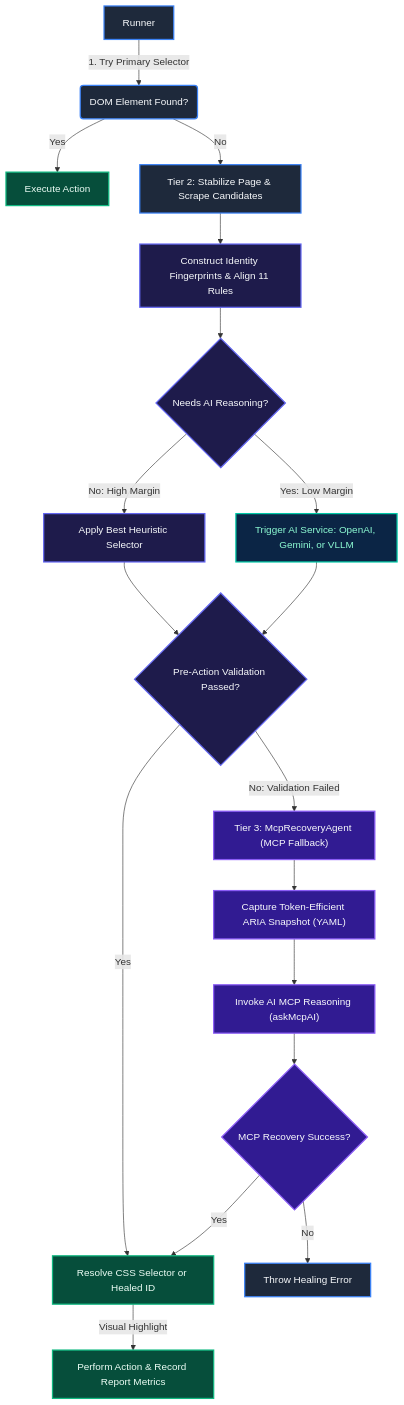
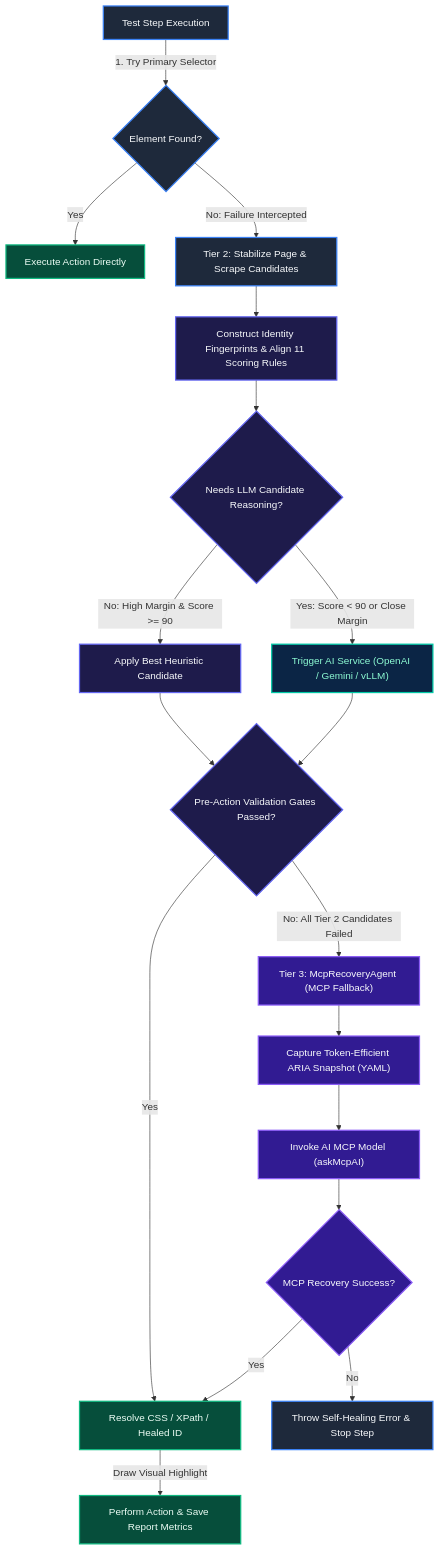
The diagram in README.md (shambhoo-narwaria/reLOCATE.AI-Intelligent-Element-Recovery-Engine), drawn with Mermaid before and after one commit. The commit also changed other lines of this file, not shown here.

Commit message:
docs: redesign README with professional open source structure

````diff
--- a/README.md
+++ b/README.md
@@ -48,27 +88,27 @@
 ```mermaid
 graph TD
-    %% Custom Theme Styling
+    %% Custom Styling
     classDef runner fill:#1e293b,stroke:#3b82f6,stroke-width:2px,color:#f8fafc;
     classDef scoring fill:#1e1b4b,stroke:#6366f1,stroke-width:2px,color:#f8fafc;
     classDef ai fill:#0b2545,stroke:#00c9a7,stroke-width:2px,color:#8efcd4;
     classDef mcp fill:#311b92,stroke:#8b5cf6,stroke-width:2px,color:#f8fafc;
     classDef action fill:#064e3b,stroke:#10b981,stroke-width:2px,color:#ecfdf5;
 
-    A[Runner]:::runner -->|1. Try Primary Selector| B(DOM Element Found?):::runner
-    B -->|Yes| C[Execute Action]:::action
-    B -->|No| D[Tier 2: Stabilize Page & Scrape Candidates]:::runner
-    D --> E[Construct Identity Fingerprints & Align 11 Rules]:::scoring
-    E --> F{Needs AI Reasoning?}:::scoring
-    F -->|No: High Margin| G[Apply Best Heuristic Selector]:::scoring
-    F -->|Yes: Low Margin| H["Trigger AI Service: OpenAI, Gemini, or VLLM"]:::ai
-    G --> I{Pre-Action Validation Passed?}:::scoring
+    A[Test Step Execution]:::runner -->|1. Try Primary Selector| B{Element Found?}:::runner
+    B -->|Yes| C[Execute Action Directly]:::action
+    B -->|No: Failure Intercepted| D[Tier 2: Stabilize Page & Scrape Candidates]:::runner
+    D --> E[Construct Identity Fingerprints & Align 11 Scoring Rules]:::scoring
+    E --> F{Needs LLM Candidate Reasoning?}:::scoring
+    F -->|No: High Margin & Score >= 90| G[Apply Best Heuristic Candidate]:::scoring
+    F -->|Yes: Score < 90 or Close Margin| H["Trigger AI Service (OpenAI / Gemini / vLLM)"]:::ai
+    G --> I{Pre-Action Validation Gates Passed?}:::scoring
     H --> I
-    I -->|Yes| J[Resolve CSS Selector or Healed ID]:::action
-    I -->|No: Validation Failed| K["Tier 3: McpRecoveryAgent (MCP Fallback)"]:::mcp
+    I -->|Yes| J[Resolve CSS / XPath / Healed ID]:::action
+    I -->|No: All Tier 2 Candidates Failed| K["Tier 3: McpRecoveryAgent (MCP Fallback)"]:::mcp
     K --> L["Capture Token-Efficient ARIA Snapshot (YAML)"]:::mcp
-    L --> M["Invoke AI MCP Reasoning (askMcpAI)"]:::mcp
+    L --> M["Invoke AI MCP Model (askMcpAI)"]:::mcp
     M --> N{MCP Recovery Success?}:::mcp
     N -->|Yes| J
-    N -->|No| O[Throw Healing Error]:::runner
-    J -->|Visual Highlight| P[Perform Action & Record Report Metrics]:::action
+    N -->|No| O[Throw Self-Healing Error & Stop Step]:::runner
+    J -->|Draw Visual Highlight| P[Perform Action & Save Report Metrics]:::action
 ```
````
